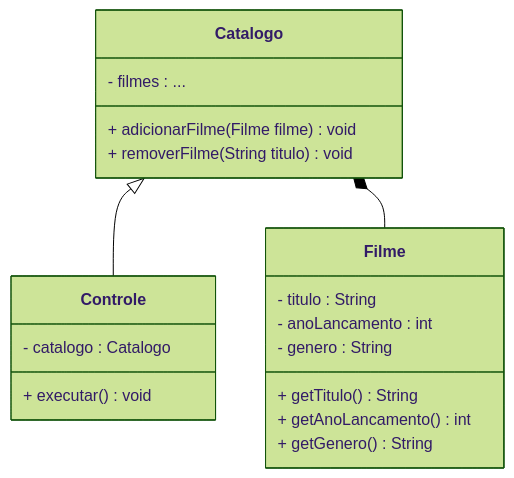
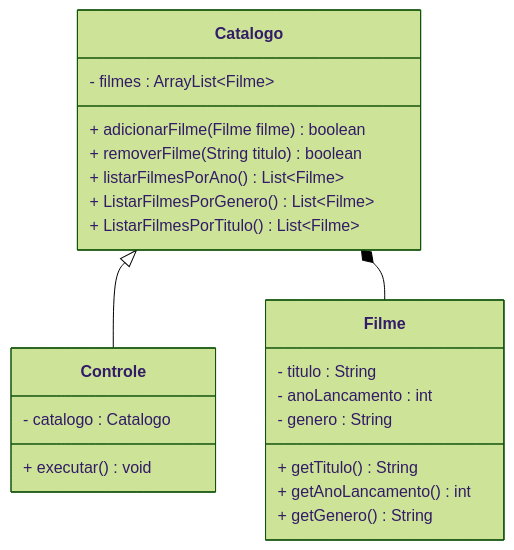
One commit to sergio-prolo-class/lista-3-devdivos changed the diagram in readme.md. Above: the diagram before and after it, drawn with Mermaid (forest theme). The commit also changed 2 other files, not shown here.

Commit message:
Continuando catalogo

````diff
--- a/readme.md
+++ b/readme.md
@@ -13,28 +13,29 @@
 ```mermaid
 classDiagram
     class Controle{
         - catalogo : Catalogo
         + executar() void
     }
     class Catalogo{
-        - filmes : ...
-        
-        
-        + adicionarFilme(Filme filme) void
-        + removerFilme(String titulo) void
+        - filmes : ArrayList~Filme~
+        + adicionarFilme(Filme filme) boolean
+        + removerFilme(String titulo) boolean
+        + listarFilmesPorAno() List~Filme~
+        + ListarFilmesPorGenero() List~Filme~
+        + ListarFilmesPorTitulo() List~Filme~
     }
     class Filme{
         - titulo : String
         - anoLancamento : int
         - genero : String
         + getTitulo()  String
         + getAnoLancamento() int
         + getGenero() String
     }
     
     Catalogo <|-- Controle
     Catalogo *-- Filme
     
     
         
 ```
````
